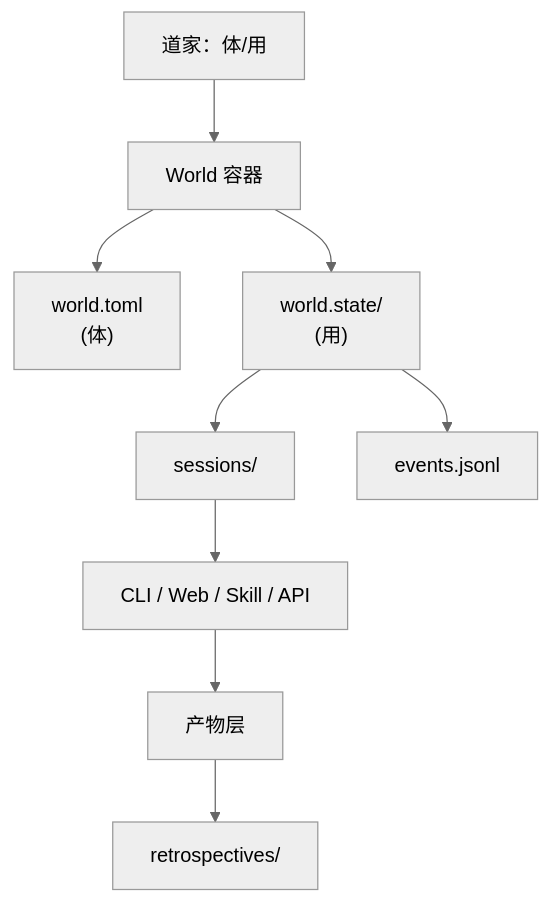
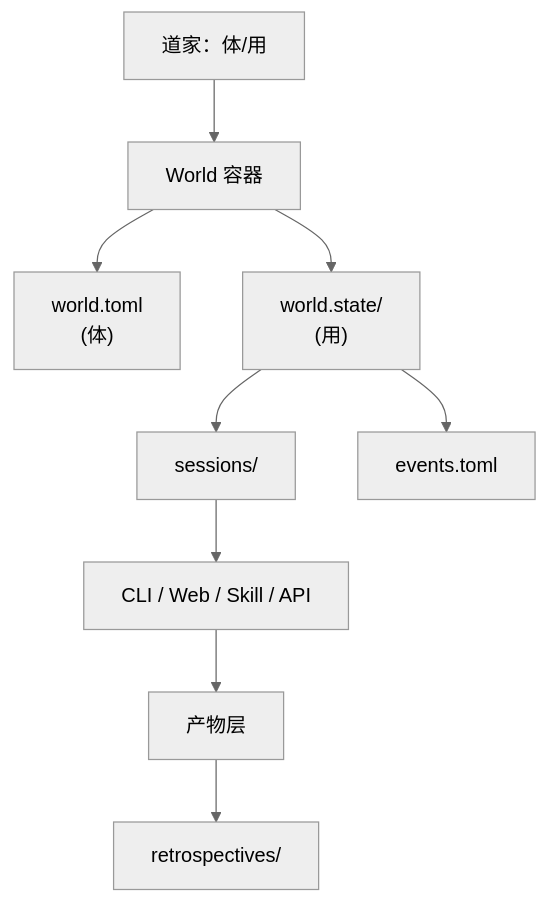
Before and after one commit to xinetzone/tao: the third of 3 diagrams in .agents/docs/superpowers/retrospectives/task-summary-world-multi-surface-exploration-20260527.md, drawn with Mermaid (neutral theme). The commit also changed other lines of this file and 1 other file, not shown here.

First line of the commit message:
refactor(spec): 统一事件日志格式为 TOML [[event]] Array of Tables

````diff
--- a/.agents/docs/superpowers/retrospectives/task-summary-world-multi-surface-exploration-20260527.md
+++ b/.agents/docs/superpowers/retrospectives/task-summary-world-multi-surface-exploration-20260527.md
@@ -184,11 +184,11 @@
 ```mermaid
 flowchart TB
     Phil["道家：体/用"] --> World["World 容器"]
     World --> Static["world.toml<br/>(体)"]
     World --> Runtime["world.state/<br/>(用)"]
     Runtime --> Sessions["sessions/"]
-    Runtime --> Events["events.jsonl"]
+    Runtime --> Events["events.toml"]
     Sessions --> Surfaces["CLI / Web / Skill / API"]
     Surfaces --> Artifacts["产物层"]
     Artifacts --> Retro["retrospectives/"]
 ```
````
